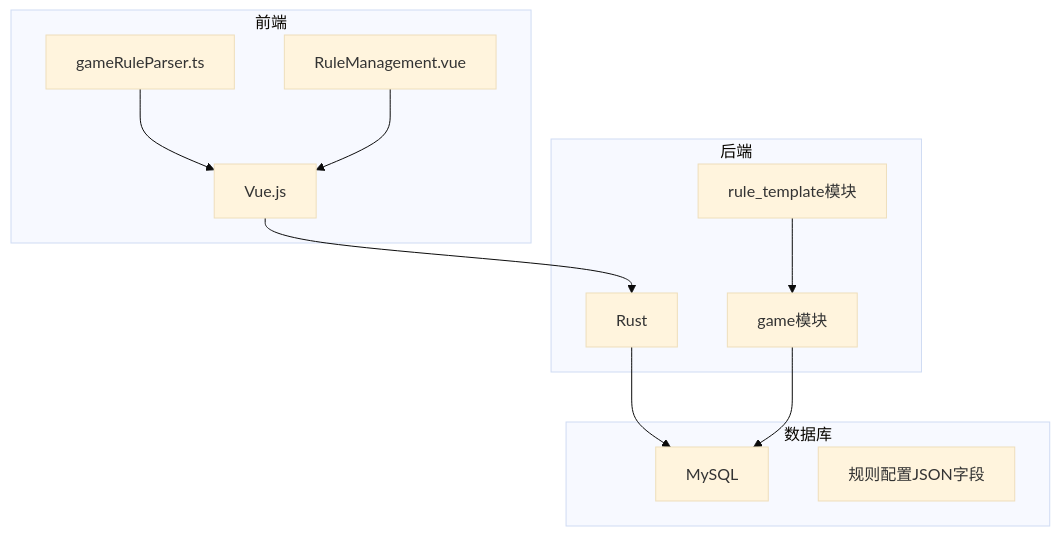
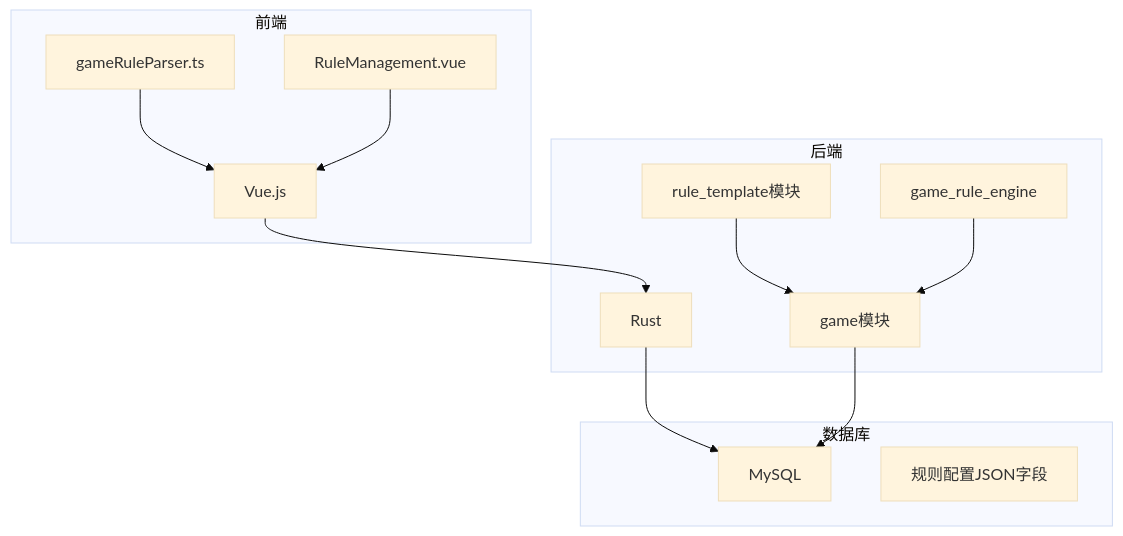
Before and after one commit to ITX351/royale-arena: the first of 7 diagrams in .qoder/repowiki/zh/content/游戏规则文档.md, drawn with Mermaid (base theme). The commit also changed other lines of this file and 7 other files, not shown here.

````diff
--- a/.qoder/repowiki/zh/content/游戏规则文档.md
+++ b/.qoder/repowiki/zh/content/游戏规则文档.md
@@ -35,23 +43,25 @@
 ```mermaid
 graph TB
 subgraph "前端"
 F1[Vue.js]
 F2[gameRuleParser.ts]
 F3[RuleManagement.vue]
 end
 subgraph "后端"
 B1[Rust]
 B2[rule_template模块]
 B3[game模块]
+B4[game_rule_engine]
 end
 subgraph "数据库"
 D1[MySQL]
 D2[规则配置JSON字段]
 end
 F1 --> B1
 B1 --> D1
 F2 --> F1
 F3 --> F1
 B2 --> B3
 B3 --> D1
+B4 --> B3
 ```
````
